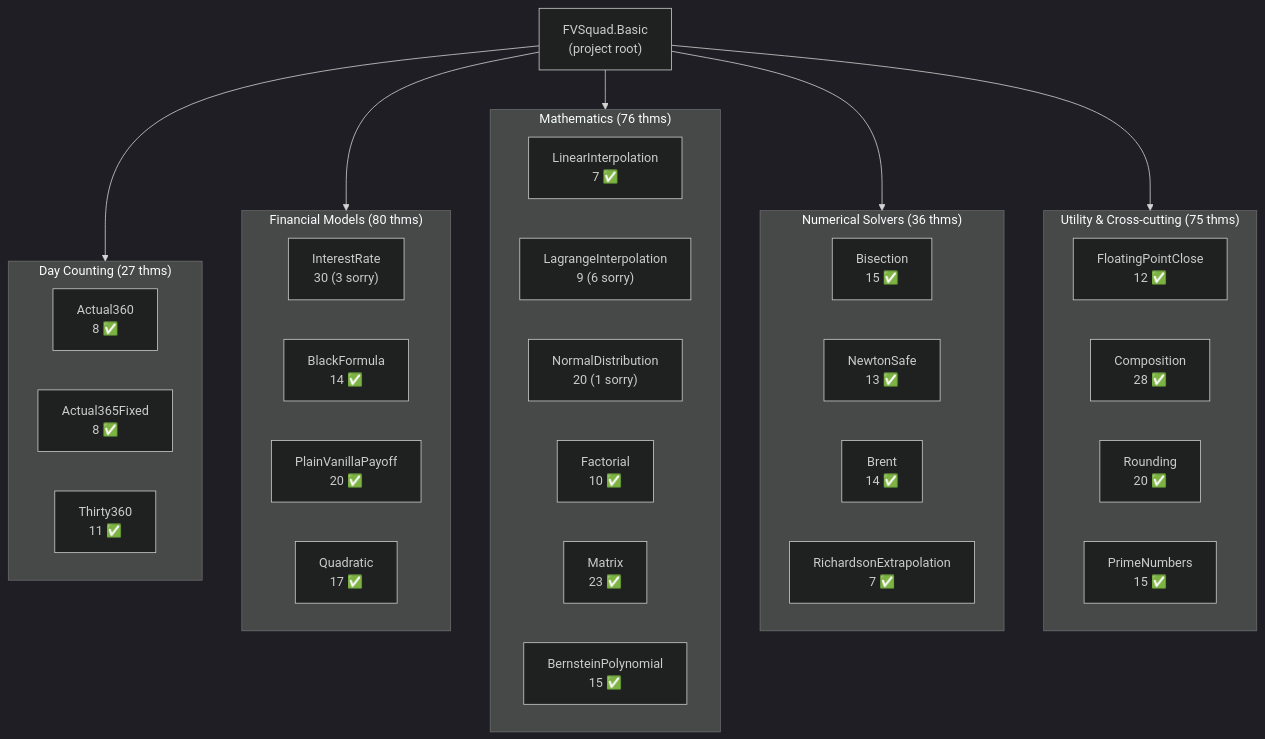
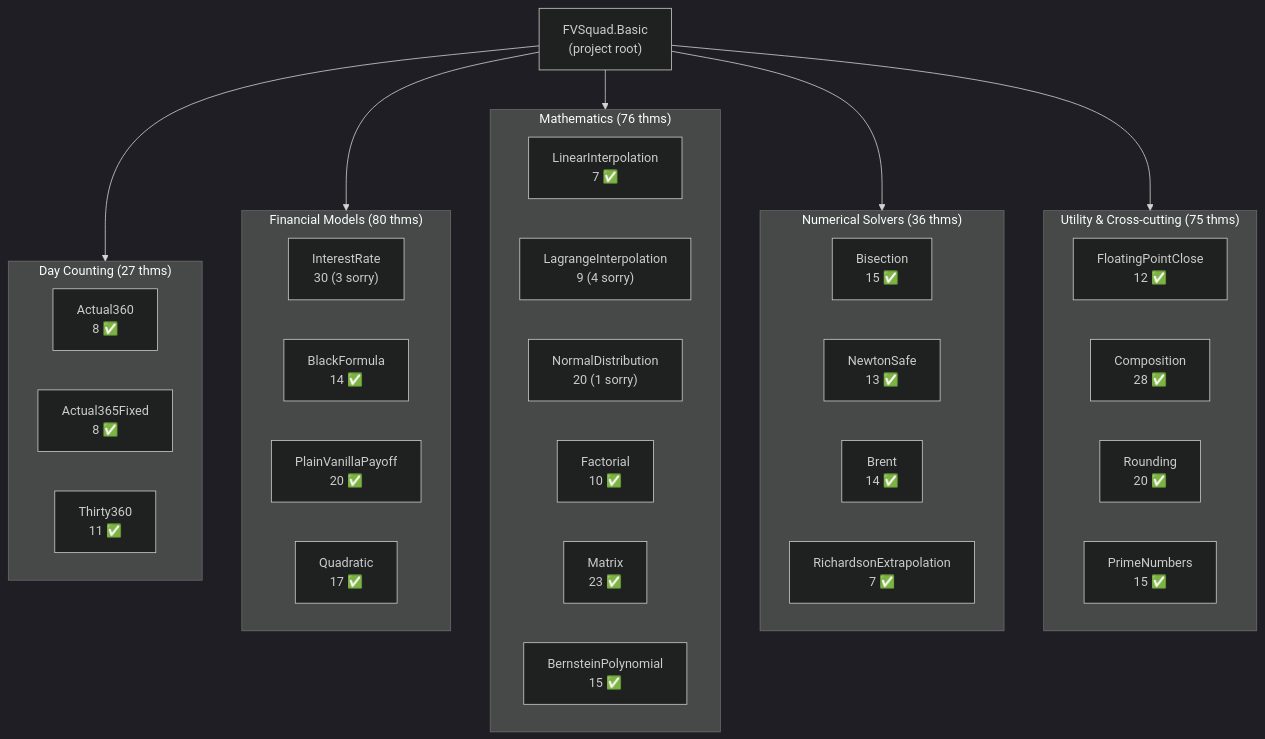
Before and after one commit to dsyme/QuantLib: the first of 8 diagrams in formal-verification/REPORT.md, drawn with Mermaid (dark theme). The commit also changed other lines of this file, not shown here.

First line of the commit message:
docs(fv): update REPORT.md — reflect 8 sorry (down from 10)

````diff
--- a/formal-verification/REPORT.md
+++ b/formal-verification/REPORT.md
@@ -21,40 +21,40 @@
 ```mermaid
 graph TD
     A["FVSquad.Basic<br/>(project root)"]
     subgraph DayCounting["Day Counting (27 thms)"]
       B["Actual360<br/>8 ✅"]
       B2["Actual365Fixed<br/>8 ✅"]
       E["Thirty360<br/>11 ✅"]
     end
     subgraph Finance["Financial Models (80 thms)"]
       C["InterestRate<br/>30 (3 sorry)"]
       BF["BlackFormula<br/>14 ✅"]
       PV["PlainVanillaPayoff<br/>20 ✅"]
       Q["Quadratic<br/>17 ✅"]
     end
     subgraph Math["Mathematics (76 thms)"]
       D["LinearInterpolation<br/>7 ✅"]
-      LG["LagrangeInterpolation<br/>9 (6 sorry)"]
+      LG["LagrangeInterpolation<br/>9 (4 sorry)"]
       F["NormalDistribution<br/>20 (1 sorry)"]
       G["Factorial<br/>10 ✅"]
       M["Matrix<br/>23 ✅"]
       BP["BernsteinPolynomial<br/>15 ✅"]
     end
     subgraph Solvers["Numerical Solvers (36 thms)"]
       H["Bisection<br/>15 ✅"]
       NS["NewtonSafe<br/>13 ✅"]
       BR["Brent<br/>14 ✅"]
       RE["RichardsonExtrapolation<br/>7 ✅"]
     end
     subgraph Utility["Utility & Cross-cutting (75 thms)"]
       FC["FloatingPointClose<br/>12 ✅"]
       CO["Composition<br/>28 ✅"]
       RD["Rounding<br/>20 ✅"]
       PN["PrimeNumbers<br/>15 ✅"]
     end
     A --> DayCounting
     A --> Finance
     A --> Math
     A --> Solvers
     A --> Utility
 ```
````
